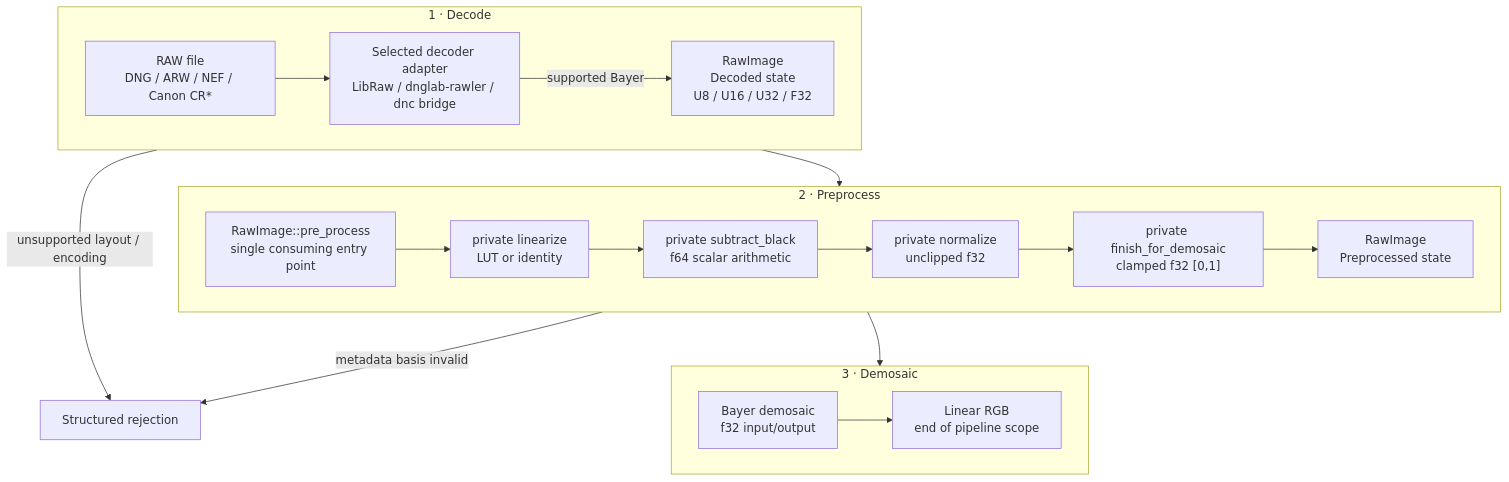
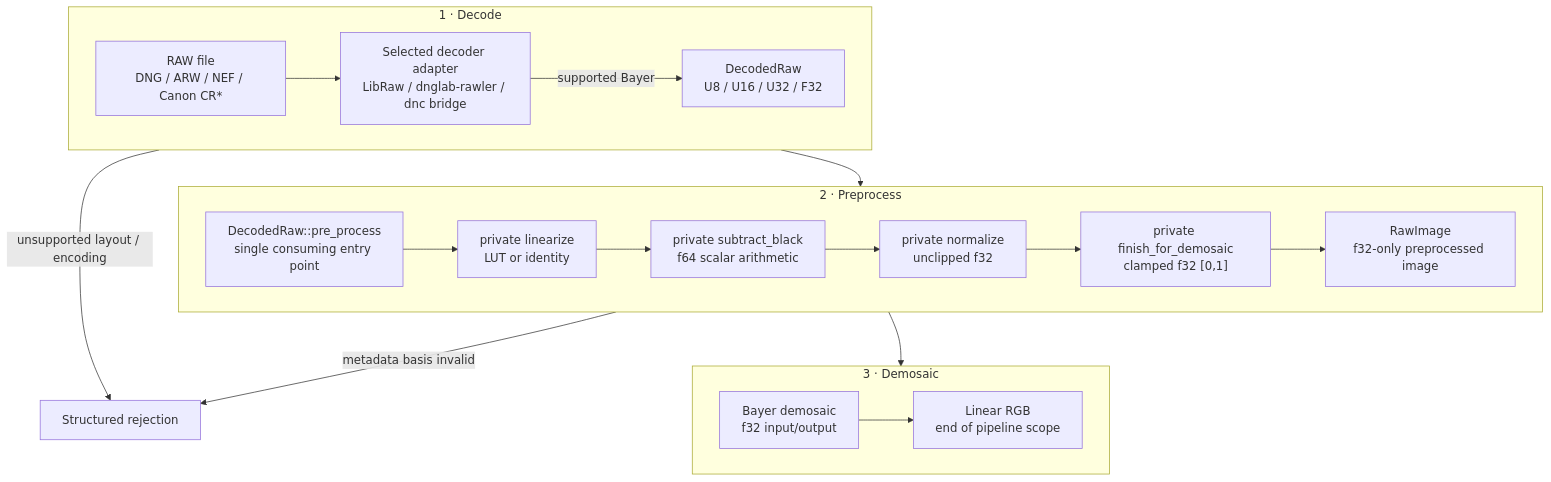
The diagram in docs/raw-pipeline/raw-image-process.md (Glatzel/fornax), drawn with Mermaid before and after one commit. The commit also changed other lines of this file and 12 other files, not shown here.

Commit message:
refactor(impl-core-001): split decoded and preprocessed images

````diff
--- a/docs/raw-pipeline/raw-image-process.md
+++ b/docs/raw-pipeline/raw-image-process.md
@@ -10,37 +10,37 @@
 ```mermaid
 flowchart TB
     subgraph DecodePhase["1 · Decode"]
         direction LR
         File["RAW file\nDNG / ARW / NEF / Canon CR*"]
         Adapter["Selected decoder adapter\nLibRaw / dnglab-rawler / dnc bridge"]
-        Decoded["RawImage\nDecoded state\nU8 / U16 / U32 / F32"]
+        Decoded["DecodedRaw\nU8 / U16 / U32 / F32"]
         File --> Adapter
         Adapter -->|supported Bayer| Decoded
     end
 
     subgraph PreprocessPhase["2 · Preprocess"]
         direction LR
-        Preprocess["RawImage::pre_process\nsingle consuming entry point"]
+        Preprocess["DecodedRaw::pre_process\nsingle consuming entry point"]
         Linear["private linearize\nLUT or identity"]
         Subtract["private subtract_black\nf64 scalar arithmetic"]
         Normalize["private normalize\nunclipped f32"]
         Finish["private finish_for_demosaic\nclamped f32 [0,1]"]
-        Ready["RawImage\nPreprocessed state"]
+        Ready["RawImage\nf32-only preprocessed image"]
 
         Decoded --> Preprocess
         Preprocess --> Linear --> Subtract --> Normalize --> Finish --> Ready
     end
 
     subgraph DemosaicPhase["3 · Demosaic"]
         direction LR
         Demosaic["Bayer demosaic\nf32 input/output"]
         Done["Linear RGB\nend of pipeline scope"]
         Demosaic --> Done
     end
 
     Reject["Structured rejection"]
 
     Adapter -->|unsupported layout / encoding| Reject
     Preprocess -->|metadata basis invalid| Reject
     Ready --> Demosaic
 ```
````
